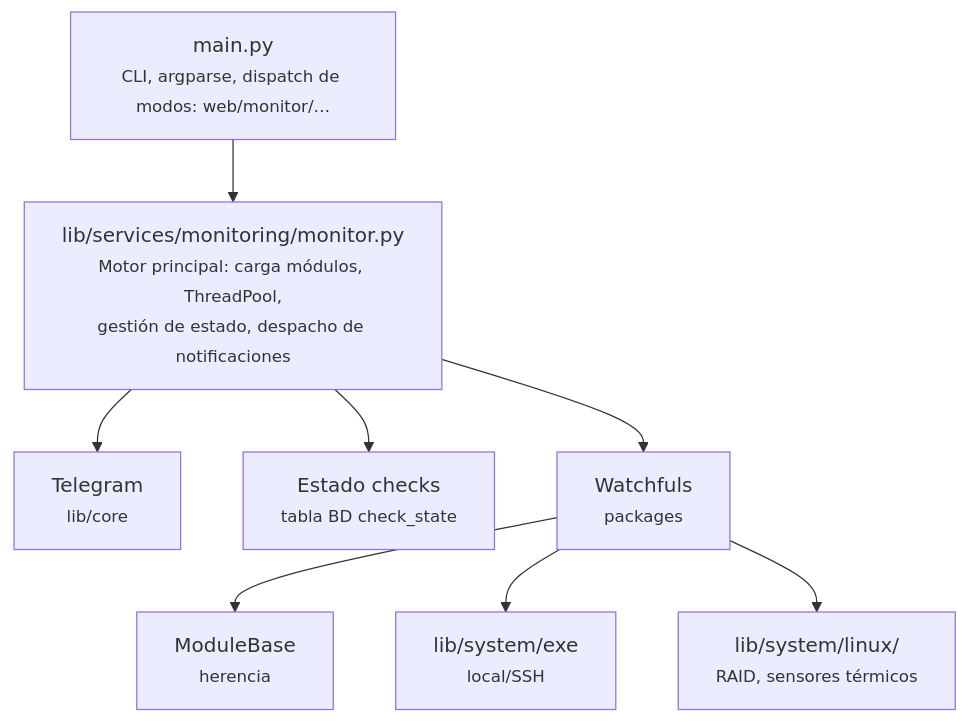
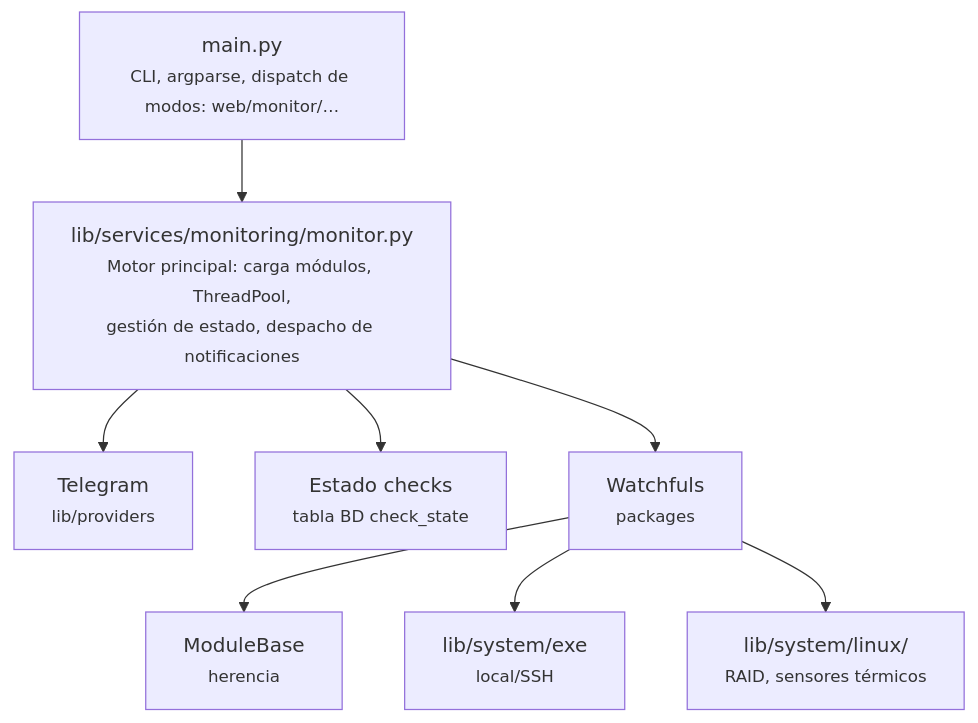
Before and after one commit to vsc55/ServiceSentry: the first of 6 diagrams in docs/architecture.md, drawn with Mermaid. The commit also changed other lines of this file and 324 other files, not shown here.

````diff
--- a/docs/architecture.md
+++ b/docs/architecture.md
@@ -10,20 +10,20 @@
 ```mermaid
 flowchart TD
     main["main.py<br/><small>CLI, argparse, dispatch de modos: web/monitor/…</small>"]
     monitor["lib/services/monitoring/monitor.py<br/><small>Motor principal: carga módulos, ThreadPool,<br/>gestión de estado, despacho de notificaciones</small>"]
     main --> monitor
 
-    telegram["Telegram<br/><small>lib/core</small>"]
+    telegram["Telegram<br/><small>lib/providers</small>"]
     state["Estado checks<br/><small>tabla BD check_state</small>"]
     watchfuls["Watchfuls<br/><small>packages</small>"]
     monitor --> telegram
     monitor --> state
     monitor --> watchfuls
 
     modbase["ModuleBase<br/><small>herencia</small>"]
     exe["lib/system/exe<br/><small>local/SSH</small>"]
     linux["lib/system/linux/<br/><small>RAID, sensores térmicos</small>"]
     watchfuls --> modbase
     watchfuls --> exe
     watchfuls --> linux
 ```
````
